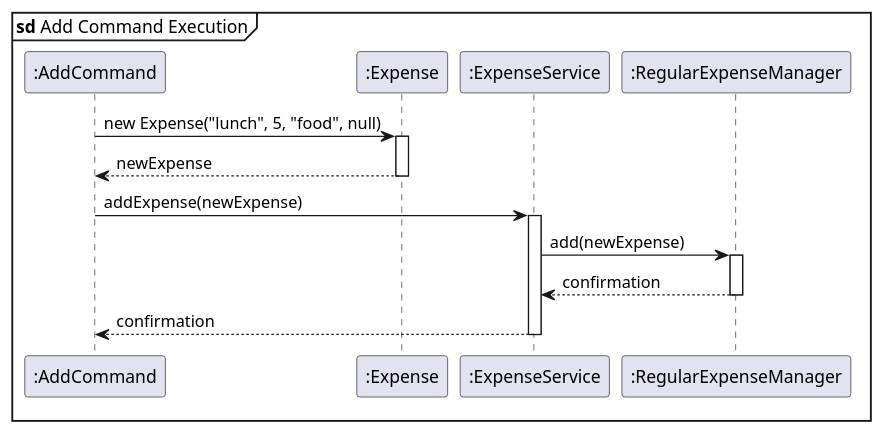
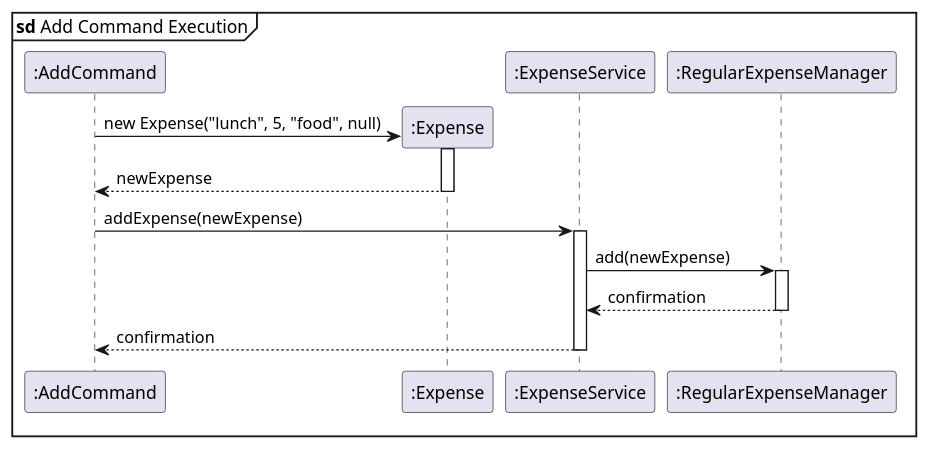
Before and after one commit to randust/tp: the diagram in docs/diagrams/sequence/add_sd.puml, drawn with PlantUML. The commit also changed 2 other files, not shown here.

Commit message:
Updated add & list uml diagrams, deleted old add puml code

```diff
--- a/docs/diagrams/sequence/add_sd.puml
+++ b/docs/diagrams/sequence/add_sd.puml
@@ -1,29 +1,29 @@
 @startuml add
 skinparam sequenceParticipant align top
 
 mainframe **sd** Add Command Execution
 
 participant ":AddCommand" as AC
-participant ":Expense" as expense
+create ":Expense" as expense
 participant ":ExpenseService" as ES
 participant ":RegularExpenseManager" as REM
 
 AC -> expense: new Expense("lunch", 5, "food", null)
 activate expense
 
 expense --> AC: newExpense
 deactivate expense
 
 AC -> ES: addExpense(newExpense)
 activate ES
 
 ES -> REM: add(newExpense)
 activate REM
 
 REM --> ES: confirmation
 deactivate REM
 
 ES --> AC: confirmation
 deactivate ES
 
 @enduml
```
